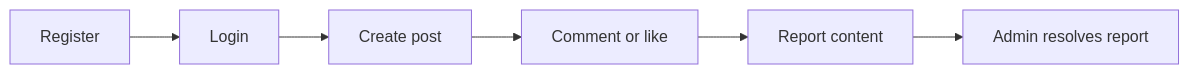
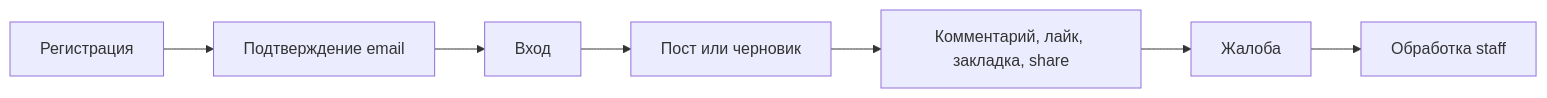
One commit to Kene33/simple-blog changed the first of 2 diagrams in README.ru.md. Above: the diagram before and after it, drawn with Mermaid. The commit also changed other lines of this file and 1 other file, not shown here.

````diff
--- a/README.ru.md
+++ b/README.ru.md
@@ -96,8 +95,9 @@
 ```mermaid
 flowchart LR
-    A[Register] --> B[Login]
-    B --> C[Create post]
-    C --> D[Comment or like]
-    D --> E[Report content]
-    E --> F[Admin resolves report]
+    Register[Регистрация] --> Verify[Подтверждение email]
+    Verify --> Login[Вход]
+    Login --> Publish[Пост или черновик]
+    Publish --> Discuss[Комментарий, лайк, закладка, share]
+    Discuss --> Report[Жалоба]
+    Report --> Moderate[Обработка staff]
 ```
````
